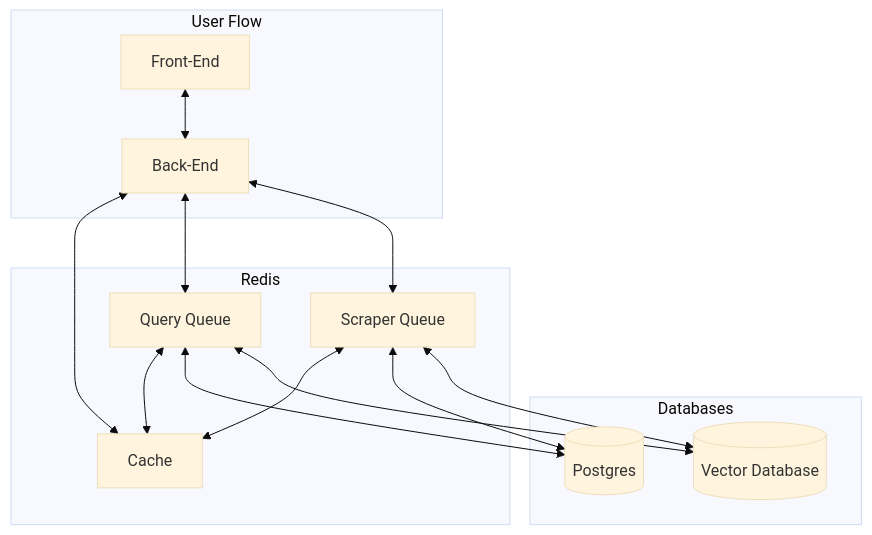
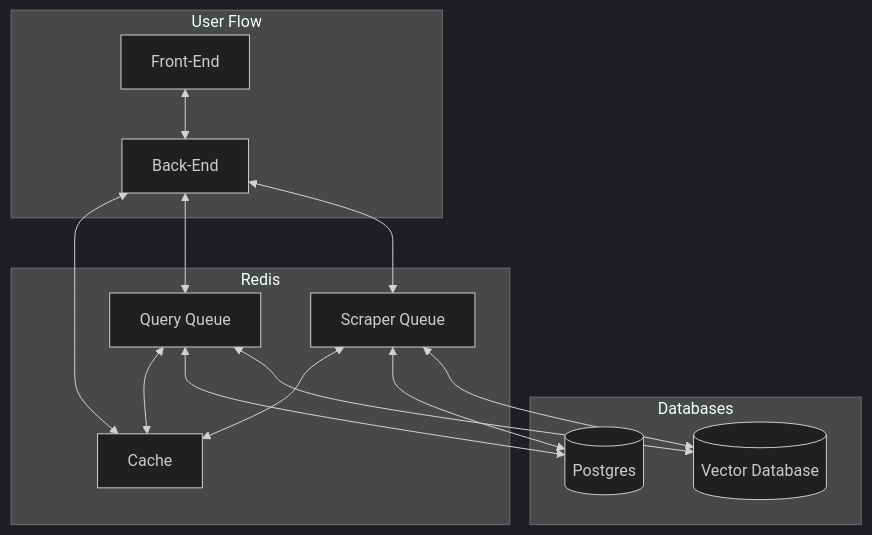
One commit to b718/Plum changed the diagram in README.md. Above: the diagram before and after it, drawn with Mermaid.

Commit message:
Changed mermaid.js config

````diff
--- a/README.md
+++ b/README.md
@@ -11,30 +11,30 @@
 ```mermaid
-%%{init: {'theme': 'base' } }%%
+%%{init: {'theme': 'dark'} }%%
 flowchart TD
     subgraph User Flow
         FrontEnd[Front-End] <--> BackEnd[Back-End]
     end
 
     BackEnd <--> Cache[Cache]
     BackEnd <--> QueryQueue[Query Queue]
     BackEnd <--> ScraperQueue[Scraper Queue]
 
     subgraph Databases
         Postgres[(Postgres)]
         VectorDatabase[(Vector Database)]
     end
 
     subgraph Redis
         QueryQueue[Query Queue]
         Cache[Cache]
         ScraperQueue[Scraper Queue]
     end
 
     QueryQueue <--> Cache
     ScraperQueue <--> Cache
 
     ScraperQueue <--> Postgres
     QueryQueue <--> Postgres[(Postgres)]
     ScraperQueue <--> VectorDatabase
     QueryQueue <--> VectorDatabase[(Vector Database)]
 ```
````
